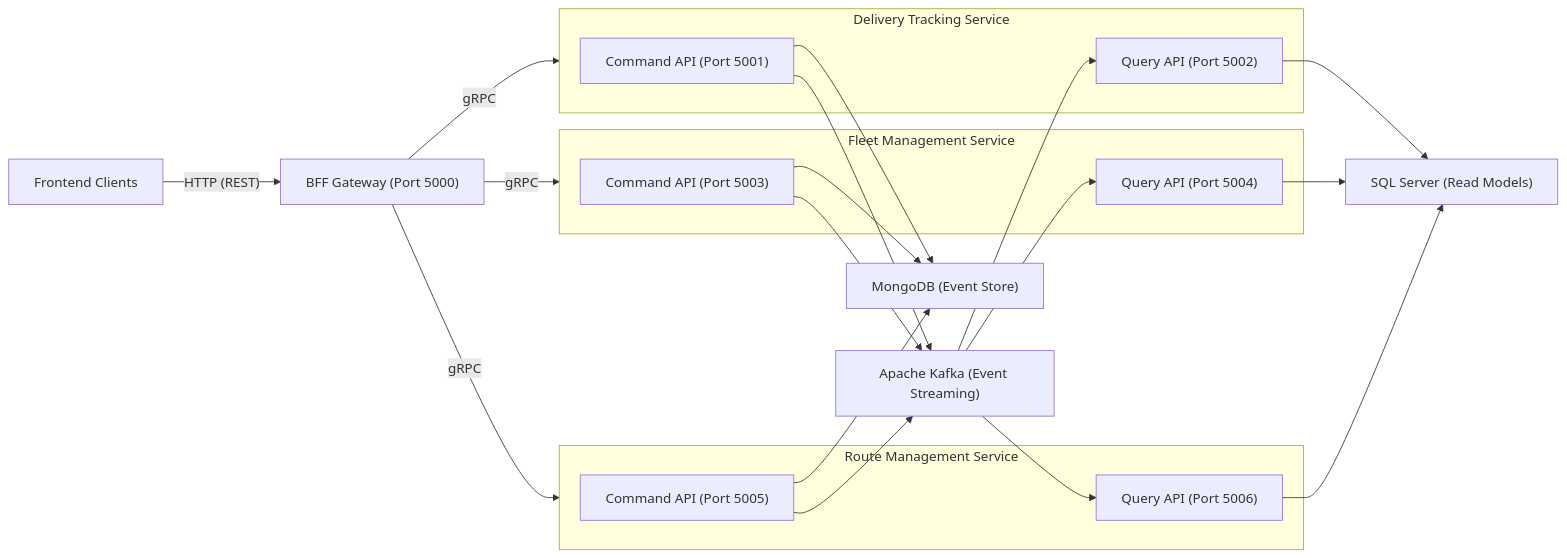
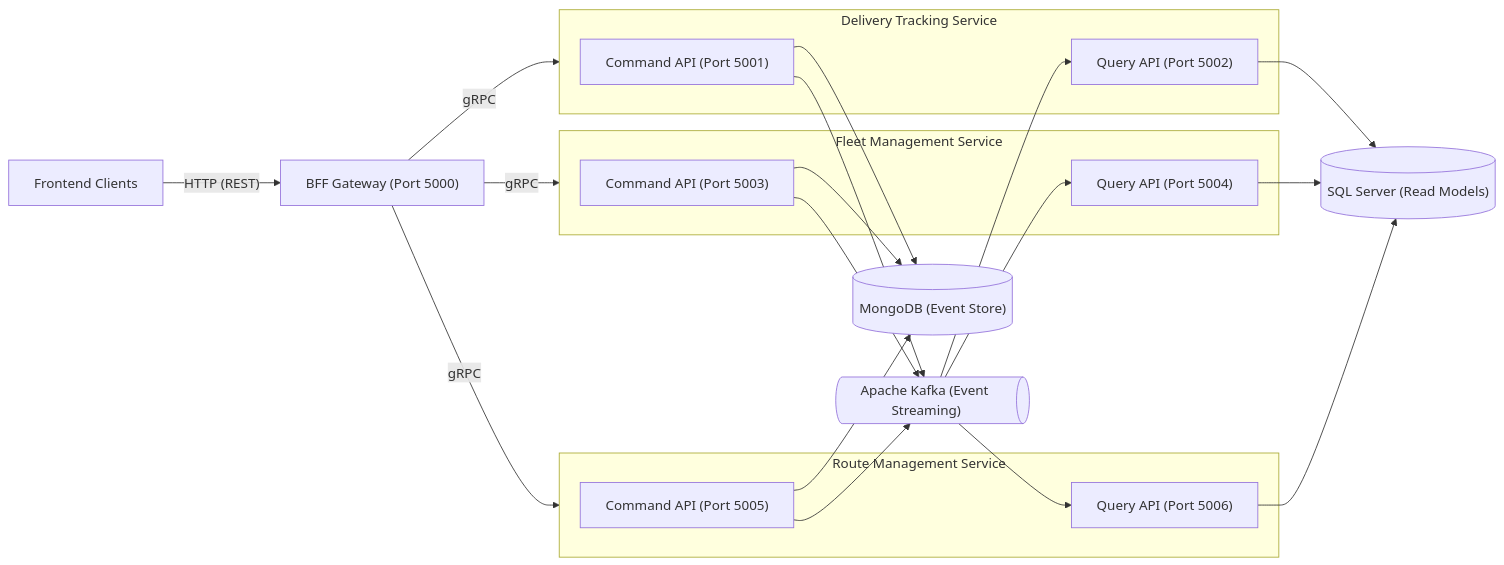
Before and after one commit to muhammadadyl/Eroad: the first of 3 diagrams in README.md, drawn with Mermaid.

Commit message:
doc(README.md): :memo: Update README.md

````diff
--- a/README.md
+++ b/README.md
@@ -63,38 +63,42 @@
 ```mermaid
 graph LR
+    M[(SQL Server &lpar;Read Models&rpar;)]
+    L[(MongoDB &lpar;Event Store&rpar;)]
+    N@{ shape: das, label: "Apache Kafka &lpar;Event Streaming&rpar;" }
+    
     A[Frontend Clients] --HTTP (REST)--> B[BFF Gateway &lpar;Port 5000&rpar;]
     B --gRPC--> Delivery
     B --gRPC--> Fleet
     B --gRPC--> Route
     
     subgraph Delivery [Delivery Tracking Service]
         F[Command API &lpar;Port 5001&rpar;]
         G[Query API &lpar;Port 5002&rpar;] 
     end
 
     subgraph Fleet [Fleet Management Service]
         H[Command API &lpar;Port 5003&rpar;]
         I[Query API &lpar;Port 5004&rpar;] 
     end
 
     subgraph Route [Route Management Service]
         J[Command API &lpar;Port 5005&rpar;]
         K[Query API &lpar;Port 5006&rpar;] 
     end
     
-    F --> L[MongoDB &lpar;Event Store&rpar;]
+    F --> L
     H --> L
     J --> L
 
-    G --> M[SQL Server &lpar;Read Models&rpar;]
+    G --> M
     I --> M
     K --> M
     
-    F --> N[Apache Kafka &lpar;Event Streaming&rpar;]
+    F --> N
     H --> N
     J --> N
     
     N --> G
     N --> I
     N --> K
 ```
````
